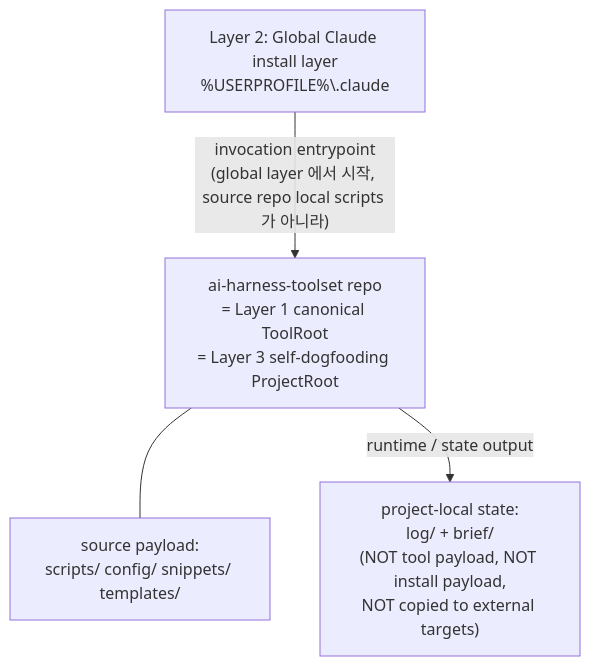
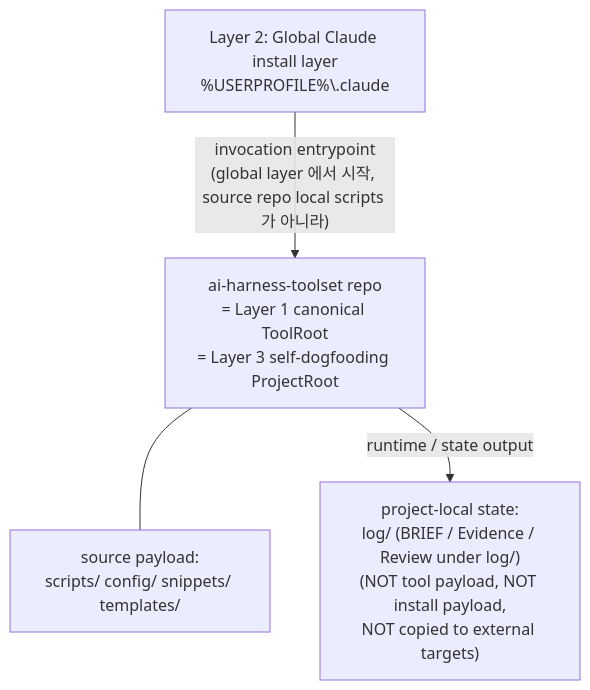
One commit to yunsuck5/ai-harness-toolset changed the fifth of 6 diagrams in docs/systems/install-update/GLOBAL_INSTALL_UPDATE_MODEL.md. Above: the diagram before and after it, drawn with Mermaid. The commit also changed other lines of this file and 38 other files, not shown here.

````diff
--- a/docs/systems/install-update/GLOBAL_INSTALL_UPDATE_MODEL.md
+++ b/docs/systems/install-update/GLOBAL_INSTALL_UPDATE_MODEL.md
@@ -552,10 +553,10 @@
 ```mermaid
 graph TD
     L2["Layer 2: Global Claude install layer<br/>%USERPROFILE%\.claude"]
     SELF["ai-harness-toolset repo<br/>= Layer 1 canonical ToolRoot<br/>= Layer 3 self-dogfooding ProjectRoot"]
     PAYLOAD["source payload:<br/>scripts/ config/ snippets/ templates/"]
-    STATE["project-local state:<br/>log/ + brief/<br/>(NOT tool payload, NOT install payload,<br/>NOT copied to external targets)"]
+    STATE["project-local state:<br/>log/ (BRIEF / Evidence / Review under log/)<br/>(NOT tool payload, NOT install payload,<br/>NOT copied to external targets)"]
     L2 -->|"invocation entrypoint<br/>(global layer 에서 시작, source repo local scripts 가 아니라)"| SELF
     SELF --- PAYLOAD
     SELF -->|"runtime / state output"| STATE
 ```
````
